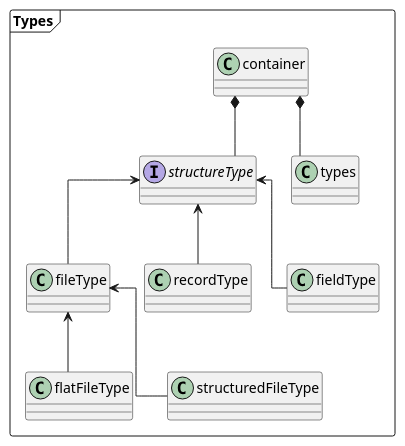
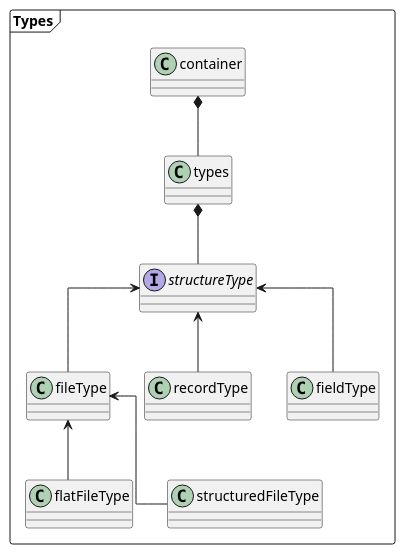
Before and after one commit to joergen-vs/73027c42-c2cd-4c62-b1f4-2532c0eb8dab: the diagram in usage/aspirations/umls/uml-type.puml, drawn with PlantUML. The commit also changed 1 other file, not shown here.

```diff
--- a/usage/aspirations/umls/uml-type.puml
+++ b/usage/aspirations/umls/uml-type.puml
@@ -1,19 +1,19 @@
 @startuml
 skinparam linetype polyline
 skinparam linetype ortho
 
 package "Types" <<Frame>> {
 interface structureType
 
 container *-- types
 
-container *-- structureType
+types *-- structureType
 structureType <-- fileType
 structureType <-- recordType
 structureType <-- fieldType
 
 fileType <-- flatFileType
 fileType <-- structuredFileType
 }
 
 @enduml
```
